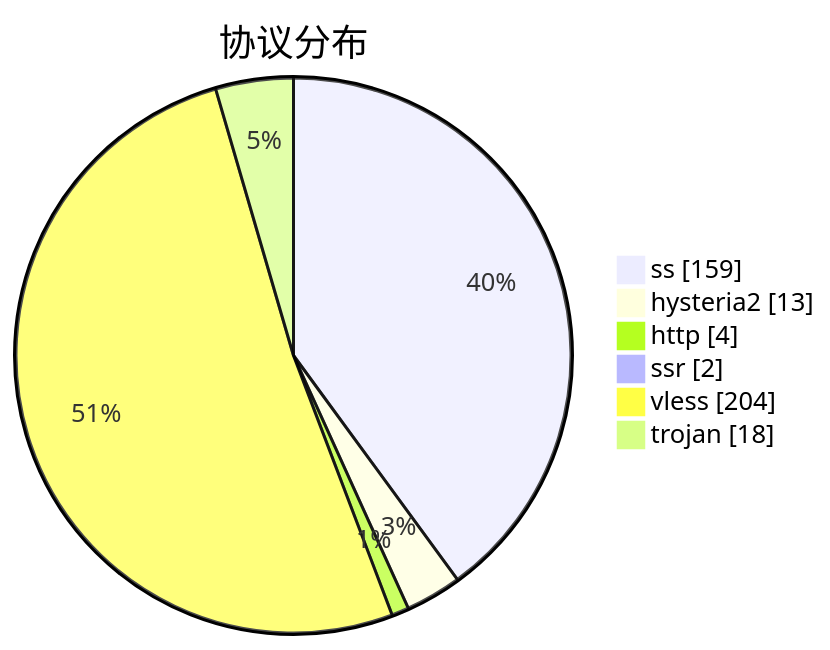
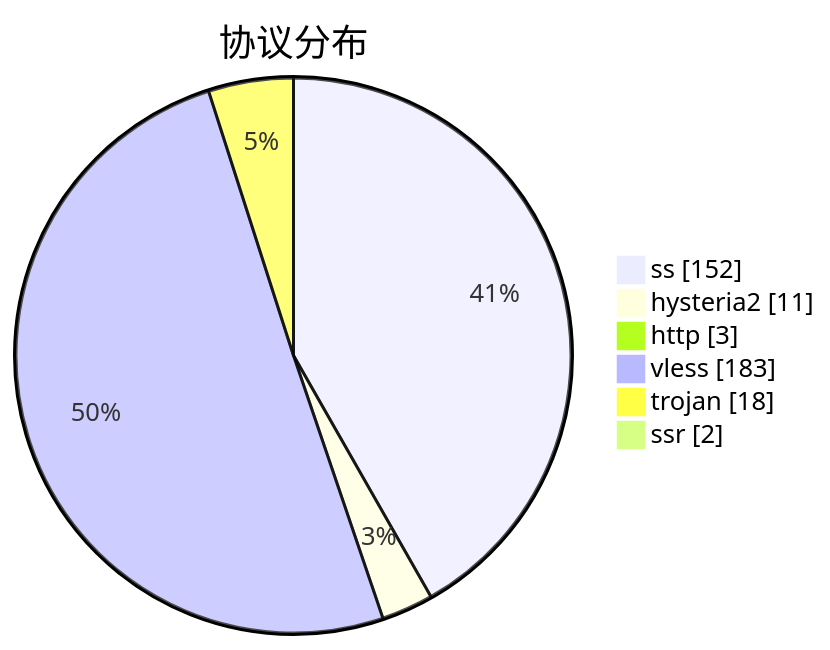
One commit to qjlxg/airport changed the third of 3 diagrams in subs/statistics/tested_within.md. Above: the diagram before and after it, drawn with Mermaid. The commit also changed other lines of this file and 2 other files, not shown here.

````diff
--- a/subs/statistics/tested_within.md
+++ b/subs/statistics/tested_within.md
@@ -18,10 +18,10 @@
 ```mermaid
 pie showData
 title 协议分布
-"ss" : 159
-"hysteria2" : 13
-"http" : 4
+"ss" : 152
+"hysteria2" : 11
+"http" : 3
+"vless" : 183
+"trojan" : 18
 "ssr" : 2
-"vless" : 204
-"trojan" : 18
 ```
````
